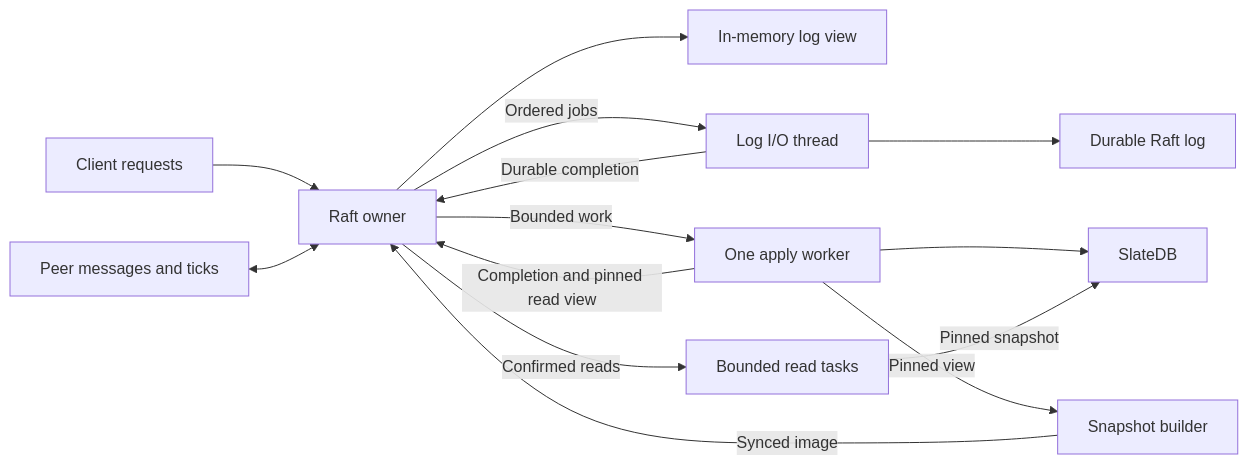
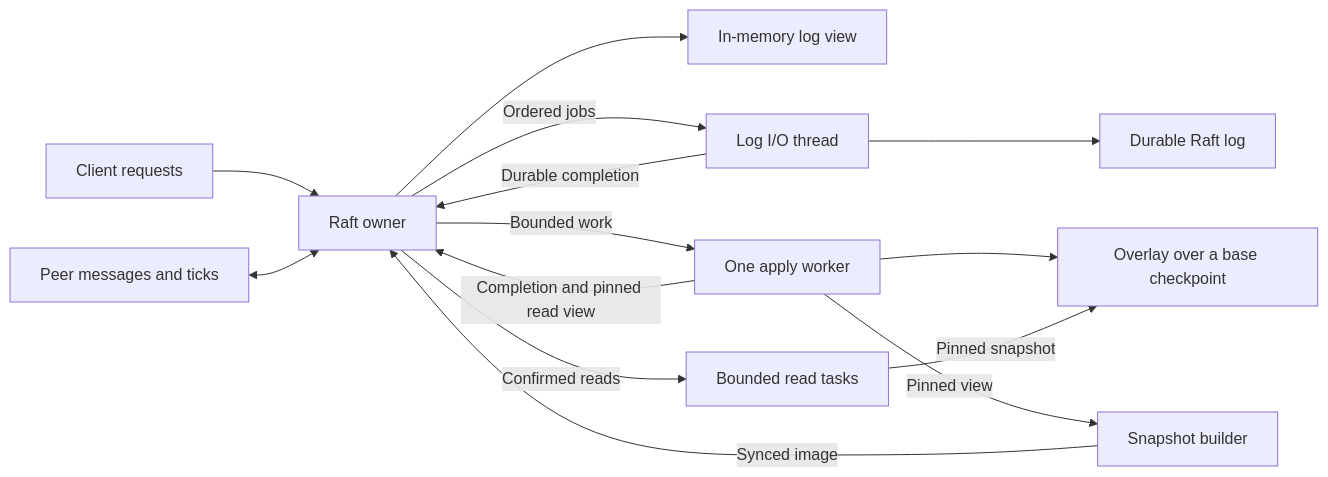
The second of 2 diagrams in docs/architecture.md (siddontang/slatedb-etcd), drawn with Mermaid before and after one commit. The commit also changed other lines of this file, not shown here.

First line of the commit message:
Match the architecture limits and durability rules to the code

````diff
--- a/docs/architecture.md
+++ b/docs/architecture.md
@@ -168,16 +172,16 @@
 ```mermaid
 flowchart LR
     RPC[Client requests] --> Raft[Raft owner]
     Peers[Peer messages and ticks] <--> Raft
     Raft --> Cache[In-memory log view]
     Raft -->|Ordered jobs| IO[Log I/O thread]
     IO --> Log[Durable Raft log]
     IO -->|Durable completion| Raft
     Raft -->|Bounded work| Apply[One apply worker]
-    Apply --> DB[SlateDB]
+    Apply --> DB[Overlay over a base checkpoint]
     Apply -->|Completion and pinned read view| Raft
     Raft -->|Confirmed reads| Reads[Bounded read tasks]
     Reads -->|Pinned snapshot| DB
     Apply -->|Pinned view| Builder[Snapshot builder]
     Builder -->|Synced image| Raft
 ```
````
